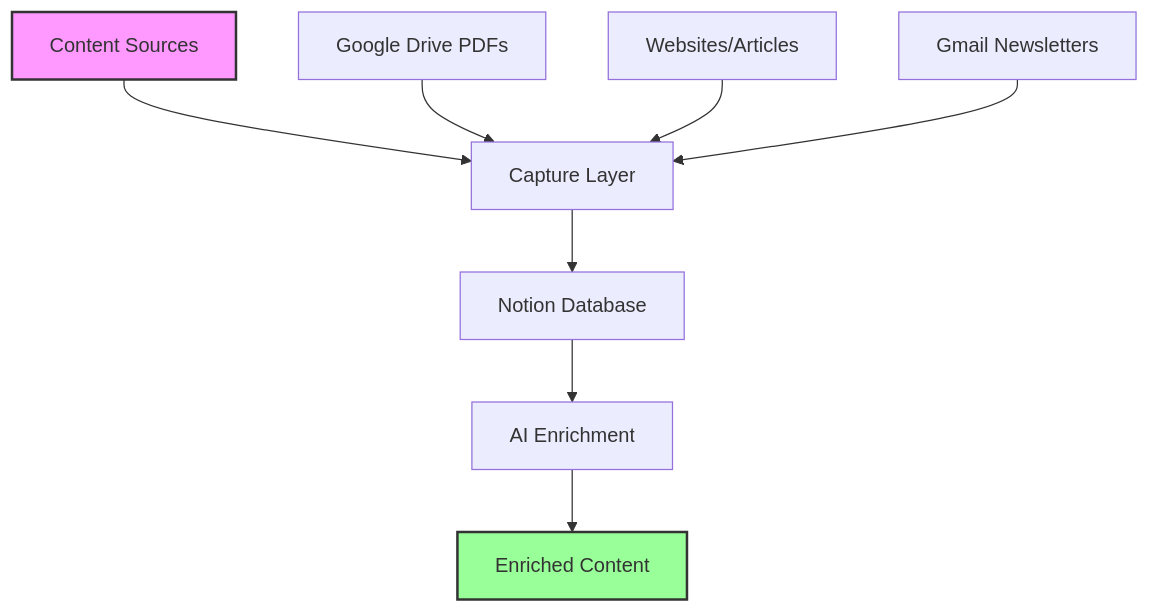
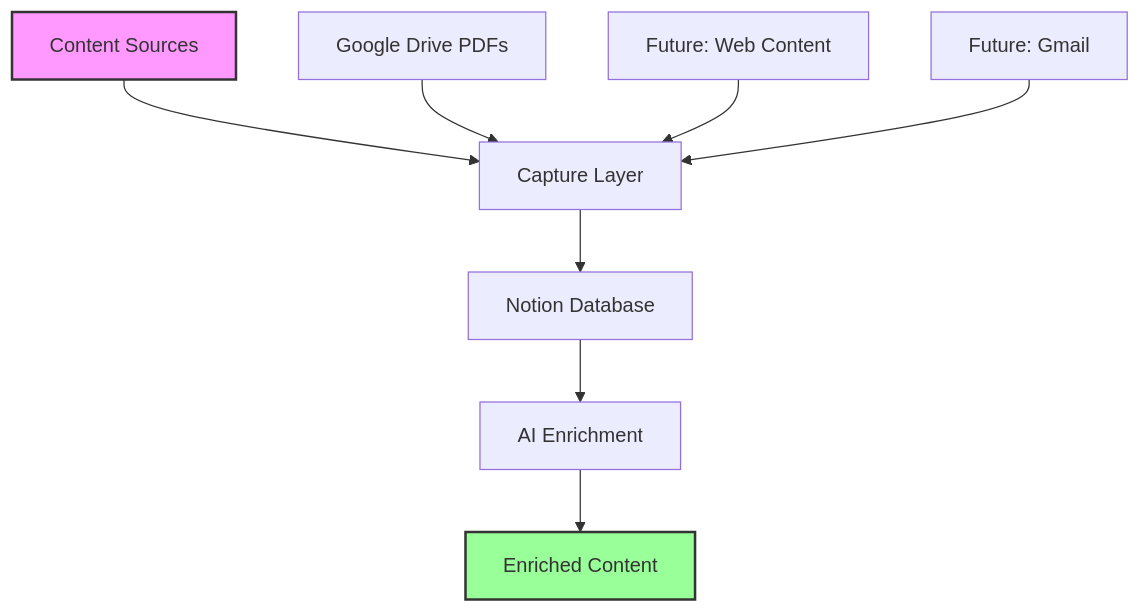
One commit to riverscornelson/knowledge-pipeline changed the first of 8 diagrams in docs/guides/workflow-overview.md. Above: the diagram before and after it, drawn with Mermaid. The commit also changed other lines of this file and 22 other files, not shown here.

````diff
--- a/docs/guides/workflow-overview.md
+++ b/docs/guides/workflow-overview.md
@@ -9,14 +9,14 @@
 ```mermaid
 graph TD
     A[Content Sources] --> B[Capture Layer]
     B --> C[Notion Database]
     C --> D[AI Enrichment]
     D --> E[Enriched Content]
     
     A1[Google Drive PDFs] --> B
-    A2[Websites/Articles] --> B
-    A3[Gmail Newsletters] --> B
+    A2[Future: Web Content] --> B
+    A3[Future: Gmail] --> B
     
     style A fill:#f9f,stroke:#333,stroke-width:2px
     style E fill:#9f9,stroke:#333,stroke-width:2px
 ```
````
